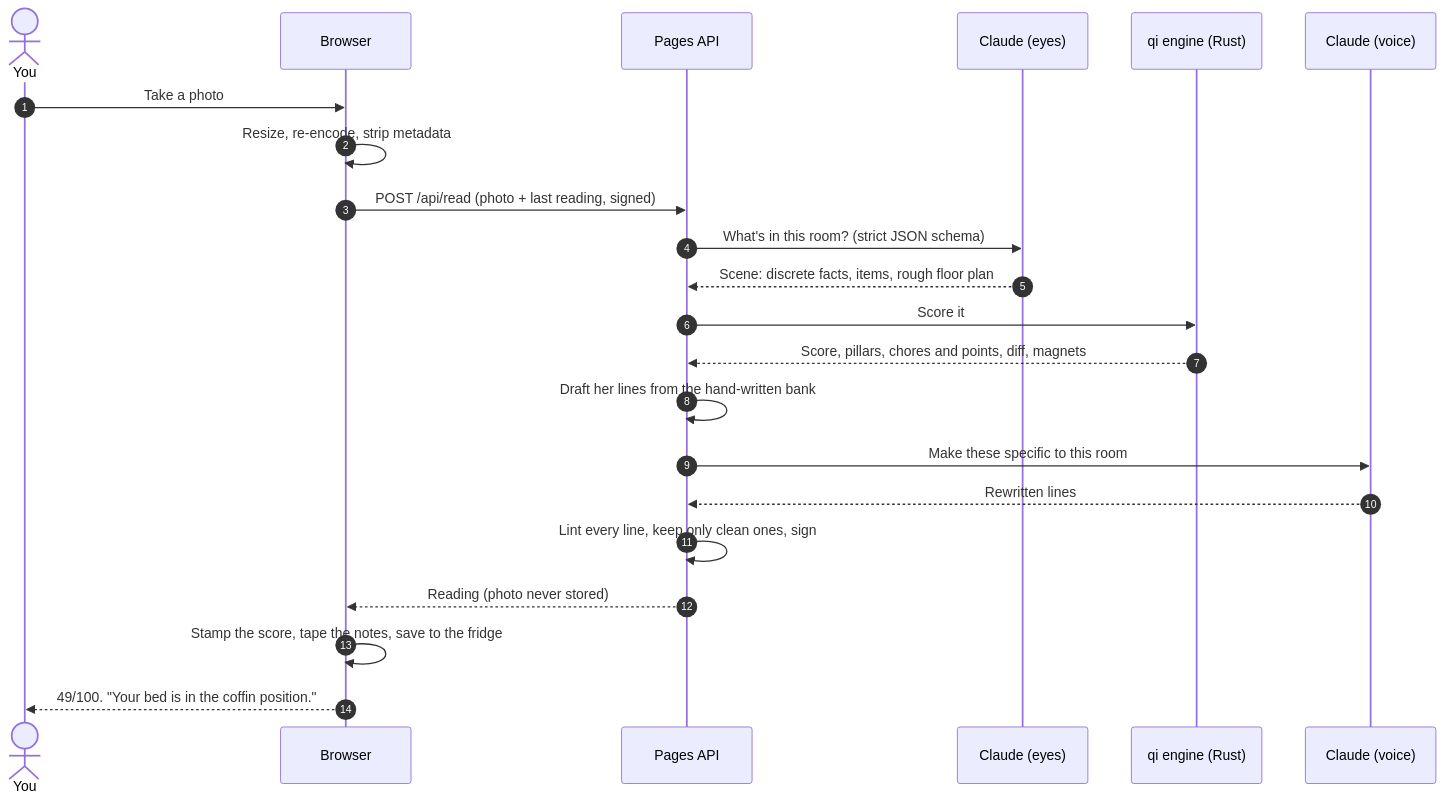
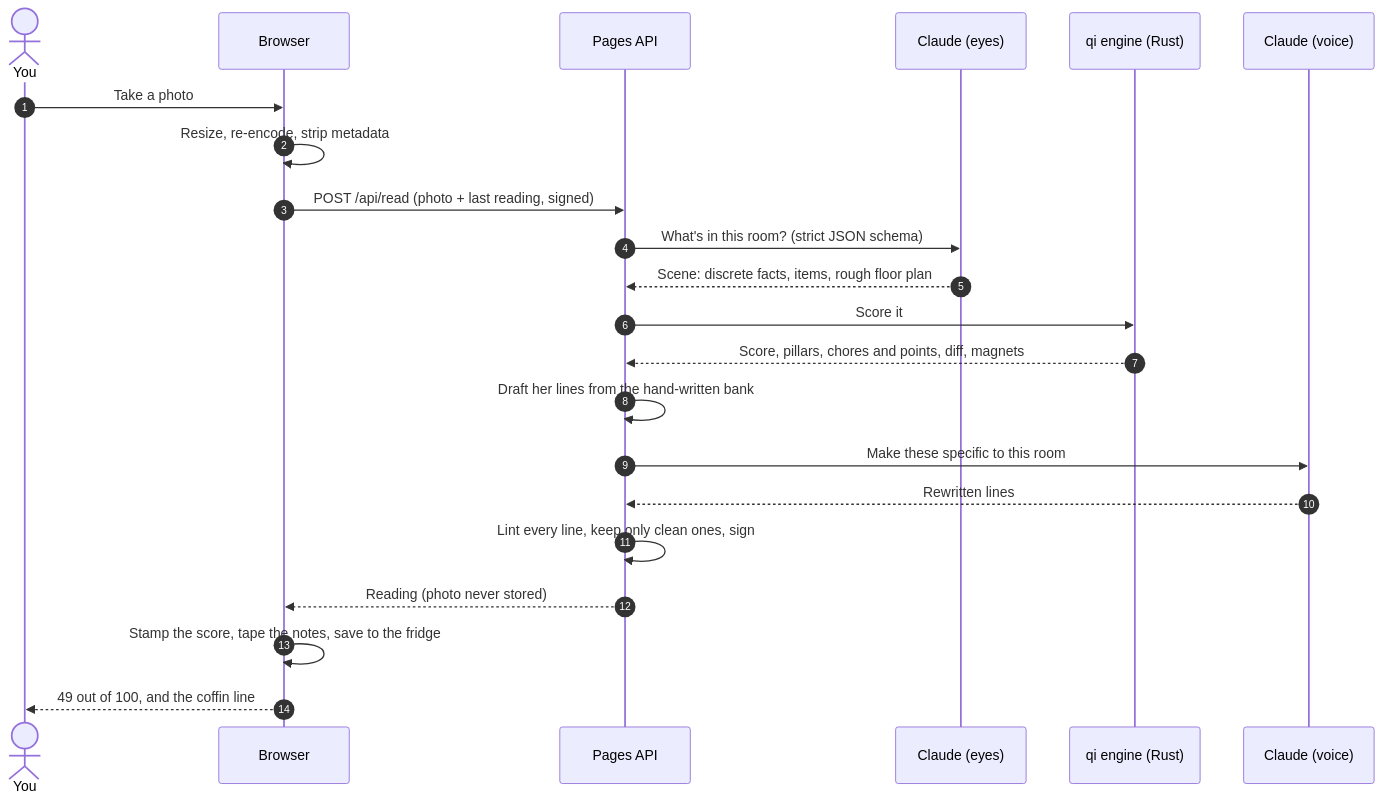
Before and after one commit to KarthikSubramanian07/Grandma-Wei: the second of 3 diagrams in README.md, drawn with Mermaid. The commit also changed other lines of this file, not shown here.

Commit message:
Keep Mermaid labels to plain text

````diff
--- a/README.md
+++ b/README.md
@@ -84,25 +84,25 @@
 ```mermaid
 sequenceDiagram
   autonumber
   actor You
   participant B as Browser
   participant S as Pages API
   participant E as Claude (eyes)
   participant Q as qi engine (Rust)
   participant V as Claude (voice)
 
   You->>B: Take a photo
   B->>B: Resize, re-encode, strip metadata
   B->>S: POST /api/read (photo + last reading, signed)
   S->>E: What's in this room? (strict JSON schema)
   E-->>S: Scene: discrete facts, items, rough floor plan
   S->>Q: Score it
   Q-->>S: Score, pillars, chores and points, diff, magnets
   S->>S: Draft her lines from the hand-written bank
   S->>V: Make these specific to this room
   V-->>S: Rewritten lines
   S->>S: Lint every line, keep only clean ones, sign
   S-->>B: Reading (photo never stored)
   B->>B: Stamp the score, tape the notes, save to the fridge
-  B-->>You: 49/100. "Your bed is in the coffin position."
+  B-->>You: 49 out of 100, and the coffin line
 ```
````
